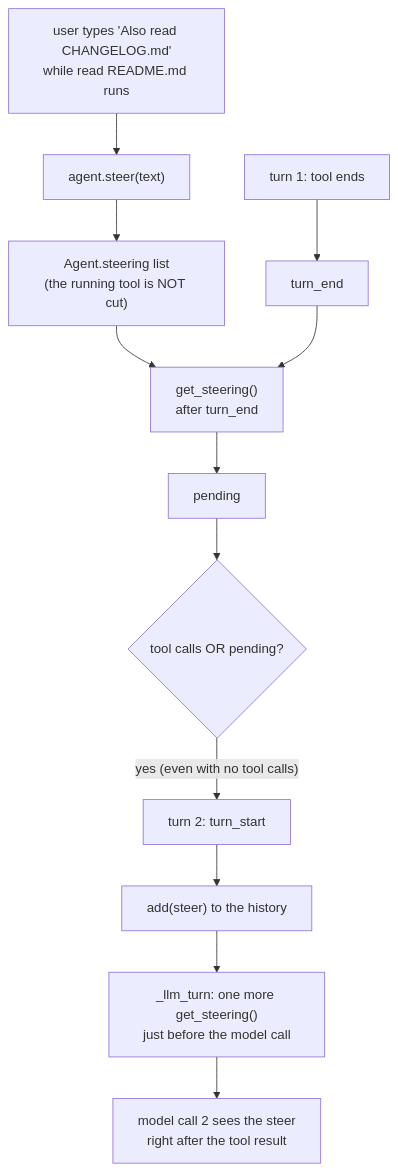
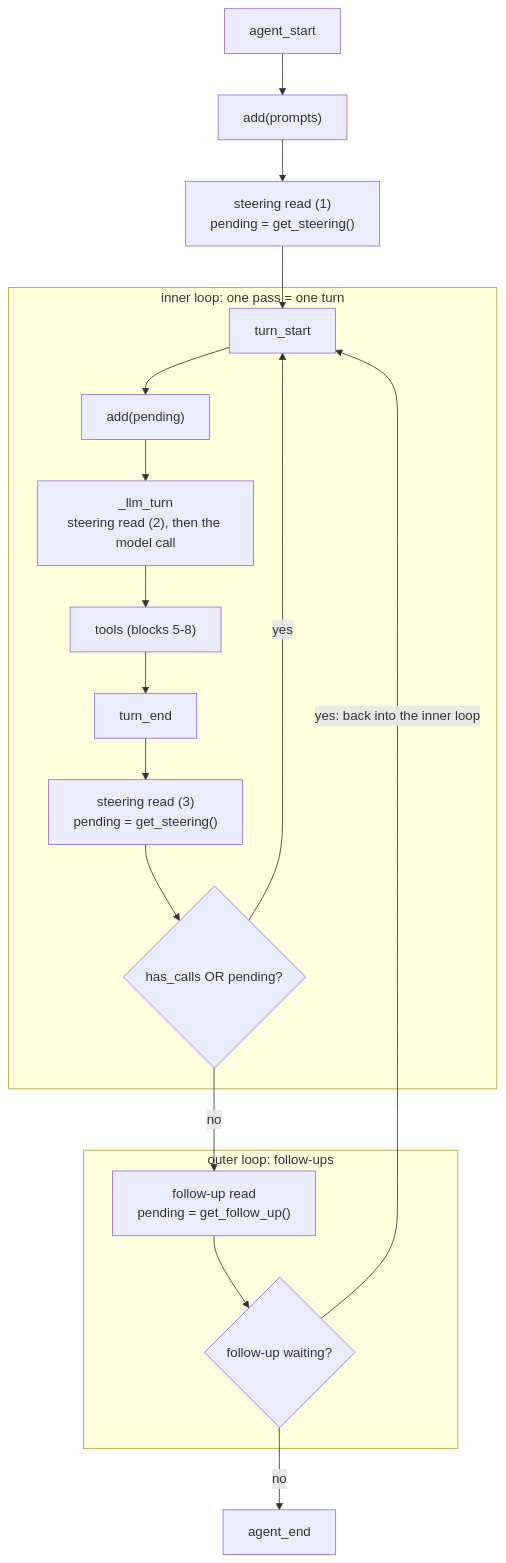
One commit to danhugo/simp-agent changed the third of 3 diagrams in docs/guidebook/07-steering.md. Above: the diagram before and after it, drawn with Mermaid. The commit also changed other lines of this file and 1 other file, not shown here.

Commit message:
docs(guidebook): ch07 cut path of one steer, short get_steering, two-loop diagram

````diff
--- a/docs/guidebook/07-steering.md
+++ b/docs/guidebook/07-steering.md
@@ -157,14 +155,21 @@
 ```mermaid
 flowchart TD
-    U["user types 'Also read CHANGELOG.md'<br/>while read README.md runs"] --> S["agent.steer(text)"]
-    S --> L["Agent.steering list<br/>(the running tool is NOT cut)"]
-    T["turn 1: tool ends"] --> E["turn_end"]
-    L --> G["get_steering()<br/>after turn_end"]
-    E --> G
-    G --> P["pending"]
-    P --> Q{"tool calls OR pending?"}
-    Q -- "yes (even with no tool calls)" --> TS["turn 2: turn_start"]
-    TS --> H["add(steer) to the history"]
-    H --> LT["_llm_turn: one more get_steering()<br/>just before the model call"]
-    LT --> M["model call 2 sees the steer<br/>right after the tool result"]
+    S["agent_start"] --> P["add(prompts)"]
+    P --> R1["steering read (1)<br/>pending = get_steering()"]
+    R1 --> TS
+    subgraph INNER["inner loop: one pass = one turn"]
+        TS["turn_start"] --> AP["add(pending)"]
+        AP --> LT["_llm_turn<br/>steering read (2), then the model call"]
+        LT --> TL["tools (blocks 5-8)"]
+        TL --> TE["turn_end"]
+        TE --> R3["steering read (3)<br/>pending = get_steering()"]
+        R3 --> Q1{"has_calls OR pending?"}
+        Q1 -- yes --> TS
+    end
+    Q1 -- no --> FU
+    subgraph OUTER["outer loop: follow-ups"]
+        FU["follow-up read<br/>pending = get_follow_up()"] --> Q2{"follow-up waiting?"}
+    end
+    Q2 -- "yes: back into the inner loop" --> TS
+    Q2 -- no --> E["agent_end"]
 ```
````
